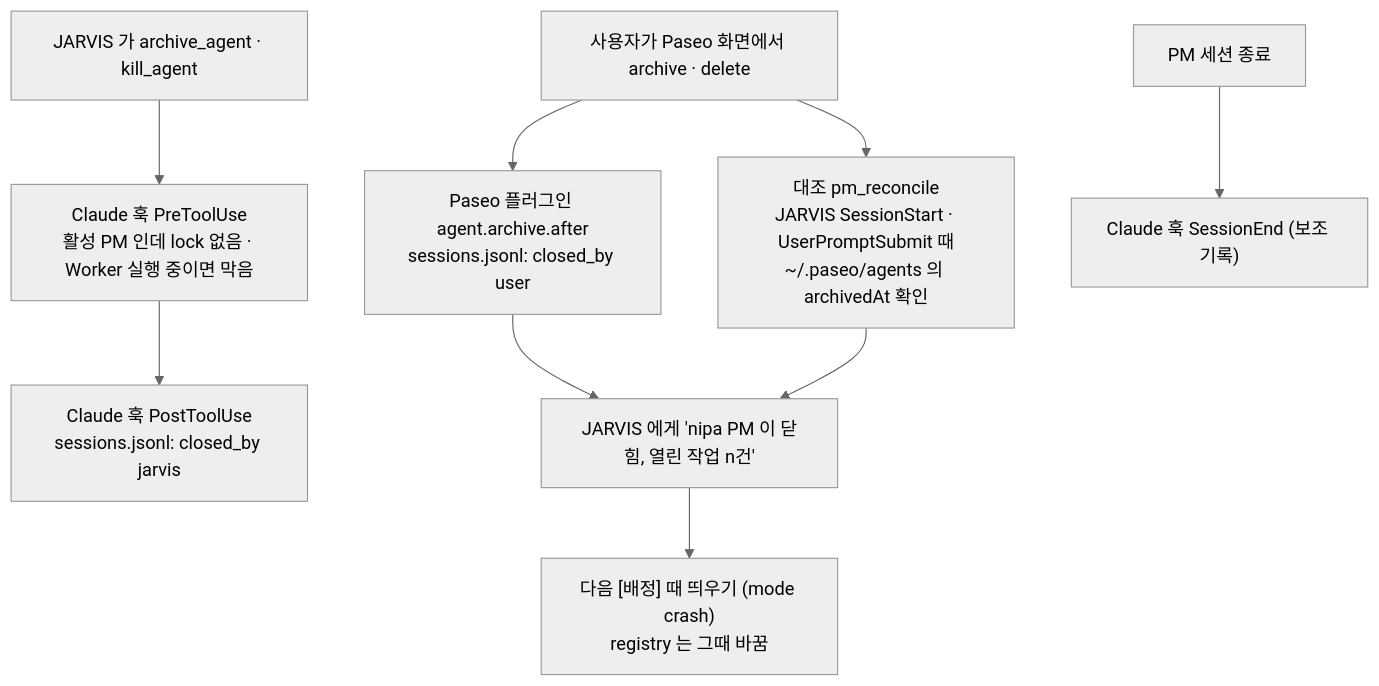
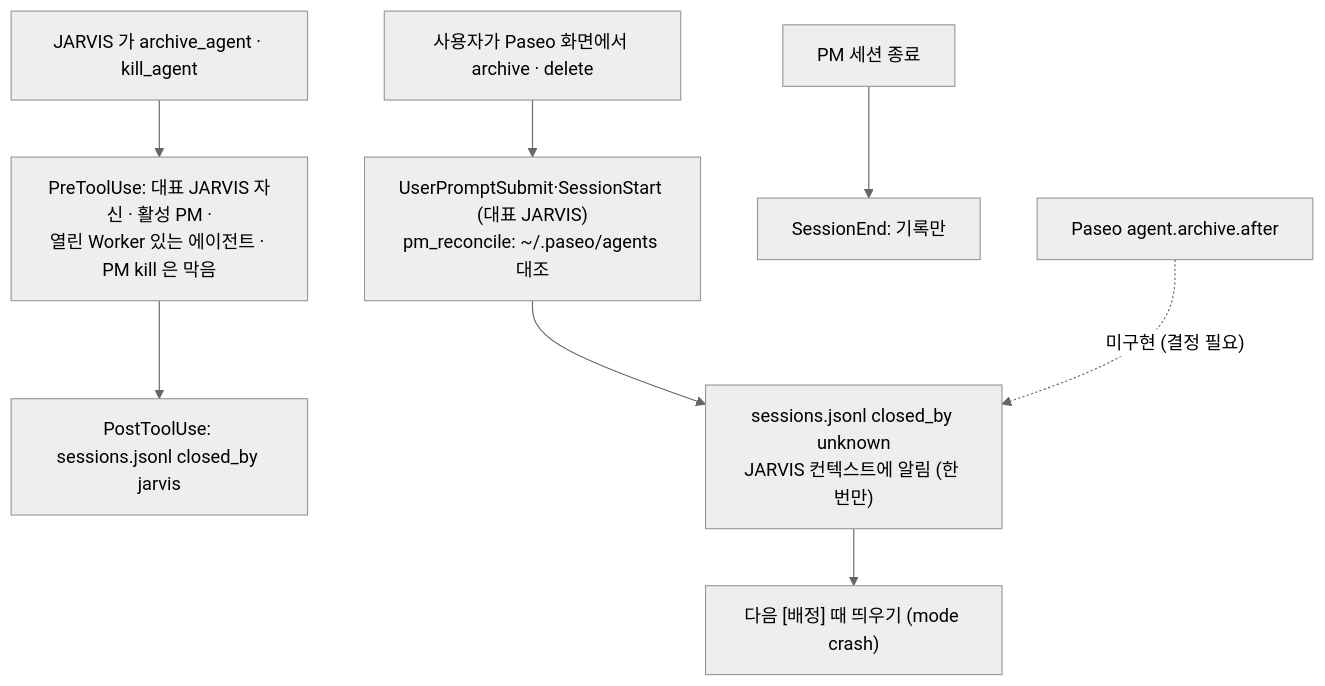
One commit to smdeveloper7/jarvis changed the fifth of 5 diagrams in docs/02_Agent_Lifecycle_Management.md. Above: the diagram before and after it, drawn with Mermaid (neutral theme). The commit also changed other lines of this file and 6 other files, not shown here.

````diff
--- a/docs/02_Agent_Lifecycle_Management.md
+++ b/docs/02_Agent_Lifecycle_Management.md
@@ -159,13 +178,12 @@
 ```mermaid
 flowchart TD
-    A1["JARVIS 가 archive_agent · kill_agent"] --> H1["Claude 훅 PreToolUse<br/>활성 PM 인데 lock 없음 · Worker 실행 중이면 막음"]
-    H1 --> H2["Claude 훅 PostToolUse<br/>sessions.jsonl: closed_by jarvis"]
+    A1["JARVIS 가 archive_agent · kill_agent"] --> H1["PreToolUse: 대표 JARVIS 자신 · 활성 PM ·<br/>열린 Worker 있는 에이전트 · PM kill 은 막음"]
+    H1 --> H2["PostToolUse: sessions.jsonl closed_by jarvis"]
 
-    A2["사용자가 Paseo 화면에서 archive · delete"] --> P1["Paseo 플러그인 agent.archive.after<br/>sessions.jsonl: closed_by user"]
-    A2 --> R1["대조 pm_reconcile<br/>JARVIS SessionStart · UserPromptSubmit 때<br/>~/.paseo/agents 의 archivedAt 확인"]
-    P1 --> X["JARVIS 에게 'nipa PM 이 닫힘, 열린 작업 n건'"]
-    R1 --> X
-    X --> Y["다음 [배정] 때 띄우기 (mode crash)<br/>registry 는 그때 바꿈"]
+    A2["사용자가 Paseo 화면에서 archive · delete"] --> R1["UserPromptSubmit·SessionStart (대표 JARVIS)<br/>pm_reconcile: ~/.paseo/agents 대조"]
+    R1 --> X["sessions.jsonl closed_by unknown<br/>JARVIS 컨텍스트에 알림 (한 번만)"]
+    X --> Y["다음 [배정] 때 띄우기 (mode crash)"]
 
-    A3["PM 세션 종료"] --> S1["Claude 훅 SessionEnd (보조 기록)"]
+    A3["PM 세션 종료"] --> S1["SessionEnd: 기록만"]
+    A4["Paseo agent.archive.after"] -.->|"미구현 (결정 필요)"| X
 ```
````
